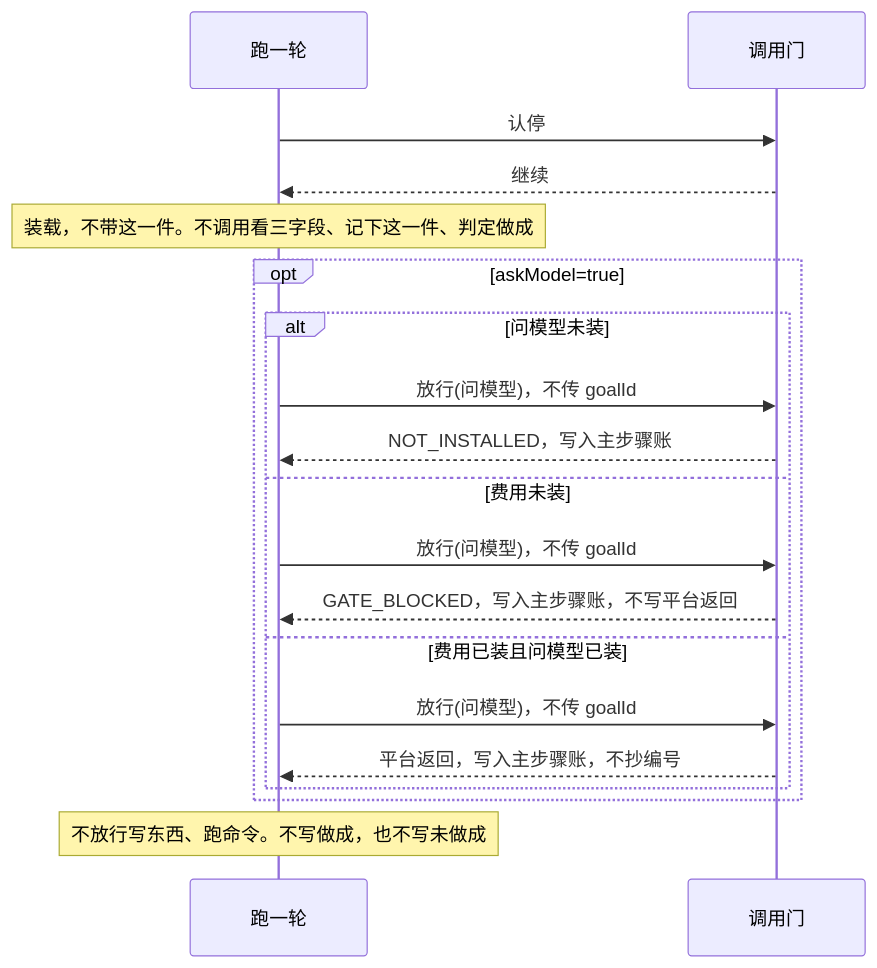
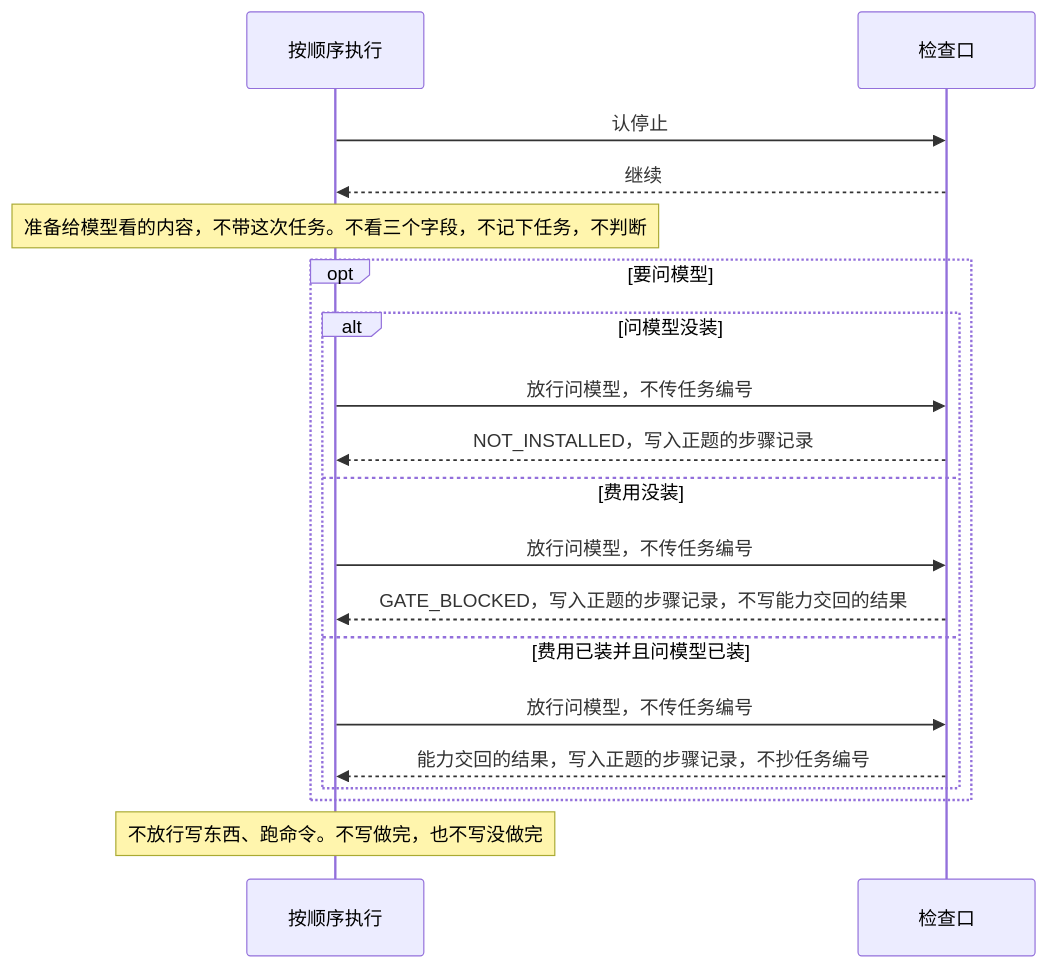
Before and after one commit to zxpmail/tepeu: the second of 5 diagrams in docs/specs/一轮闭环.md, drawn with Mermaid. The commit also changed other lines of this file and 18 other files, not shown here.

````diff
--- a/docs/specs/一轮闭环.md
+++ b/docs/specs/一轮闭环.md
@@ -91,21 +92,21 @@
 ```mermaid
 sequenceDiagram
-  participant 跑一轮
-  participant 调用门
-  跑一轮->>调用门: 认停
-  调用门-->>跑一轮: 继续
-  Note over 跑一轮: 装载，不带这一件。不调用看三字段、记下这一件、判定做成
-  opt askModel=true
-    alt 问模型未装
-      跑一轮->>调用门: 放行(问模型)，不传 goalId
-      调用门-->>跑一轮: NOT_INSTALLED，写入主步骤账
-    else 费用未装
-      跑一轮->>调用门: 放行(问模型)，不传 goalId
-      调用门-->>跑一轮: GATE_BLOCKED，写入主步骤账，不写平台返回
-    else 费用已装且问模型已装
-      跑一轮->>调用门: 放行(问模型)，不传 goalId
-      调用门-->>跑一轮: 平台返回，写入主步骤账，不抄编号
+  participant 按顺序执行
+  participant 检查口
+  按顺序执行->>检查口: 认停止
+  检查口-->>按顺序执行: 继续
+  Note over 按顺序执行: 准备给模型看的内容，不带这次任务。不看三个字段，不记下任务，不判断
+  opt 要问模型
+    alt 问模型没装
+      按顺序执行->>检查口: 放行问模型，不传任务编号
+      检查口-->>按顺序执行: NOT_INSTALLED，写入正题的步骤记录
+    else 费用没装
+      按顺序执行->>检查口: 放行问模型，不传任务编号
+      检查口-->>按顺序执行: GATE_BLOCKED，写入正题的步骤记录，不写能力交回的结果
+    else 费用已装并且问模型已装
+      按顺序执行->>检查口: 放行问模型，不传任务编号
+      检查口-->>按顺序执行: 能力交回的结果，写入正题的步骤记录，不抄任务编号
     end
   end
-  Note over 跑一轮: 不放行写东西、跑命令。不写做成，也不写未做成
+  Note over 按顺序执行: 不放行写东西、跑命令。不写做完，也不写没做完
 ```
````
